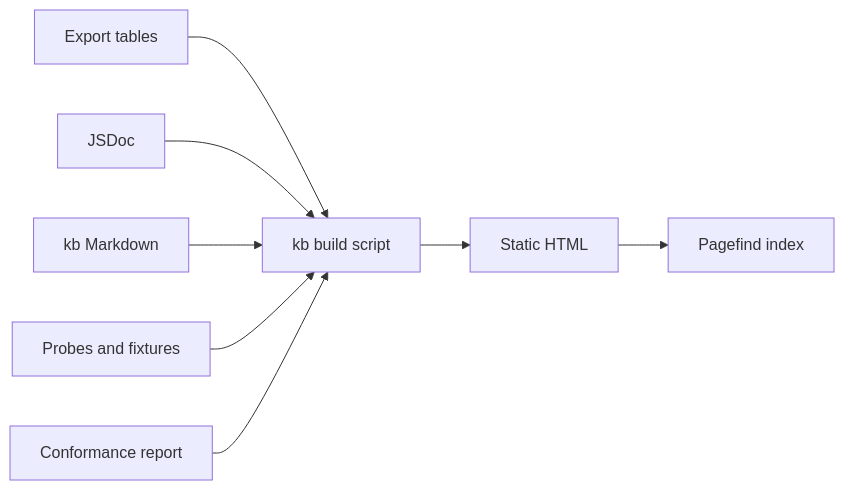
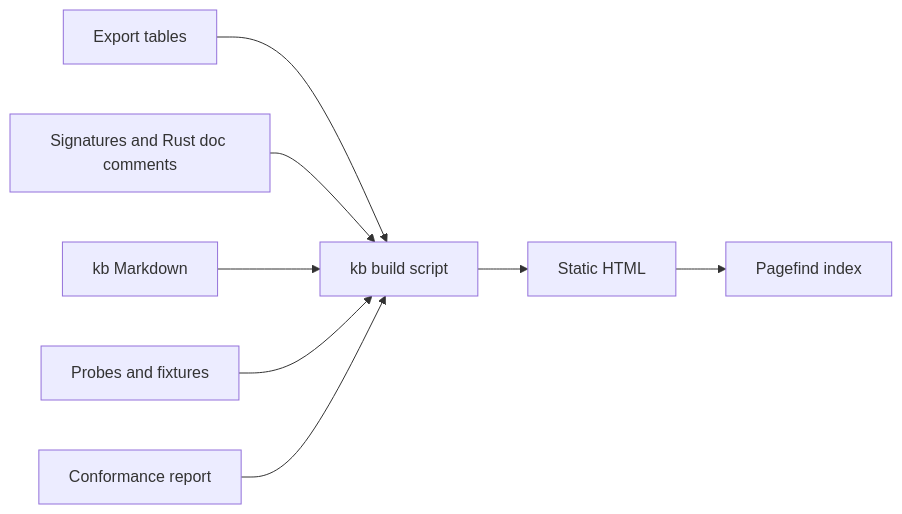
One commit to wilkie/winbox.js changed the second of 2 diagrams in KNOWLEDGE_BASE_SPEC.md. Above: the diagram before and after it, drawn with Mermaid. The commit also changed other lines of this file and 3 other files, not shown here.

````diff
--- a/KNOWLEDGE_BASE_SPEC.md
+++ b/KNOWLEDGE_BASE_SPEC.md
@@ -117,10 +117,10 @@
 ```mermaid
 flowchart LR
   A[Export tables] --> B[kb build script]
-  C[JSDoc] --> B
+  C[Signatures and Rust doc comments] --> B
   D[kb Markdown] --> B
   E[Probes and fixtures] --> B
   F[Conformance report] --> B
   B --> G[Static HTML]
   G --> H[Pagefind index]
 ```
````
